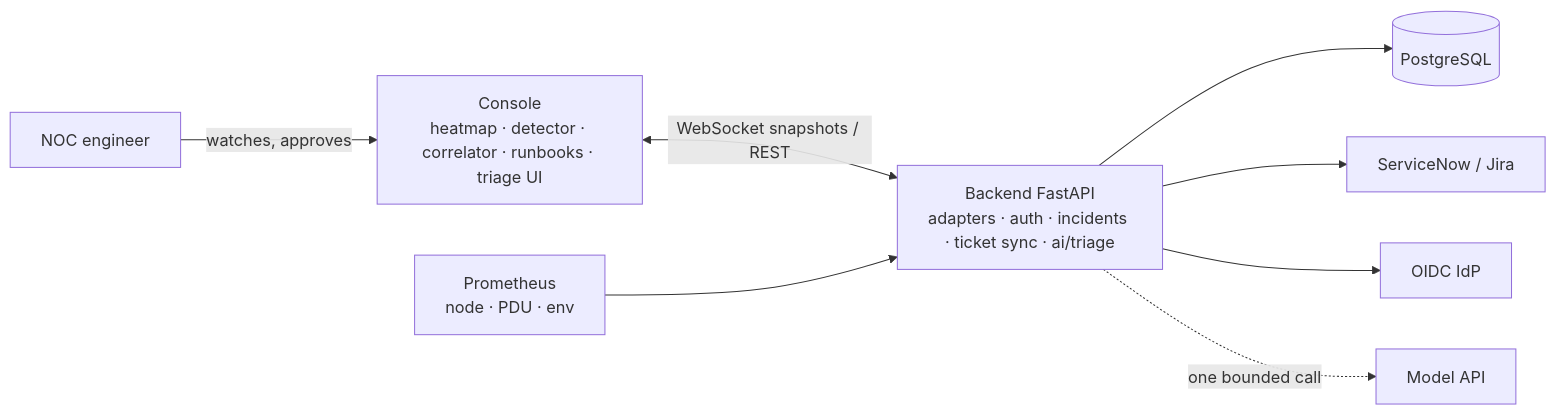
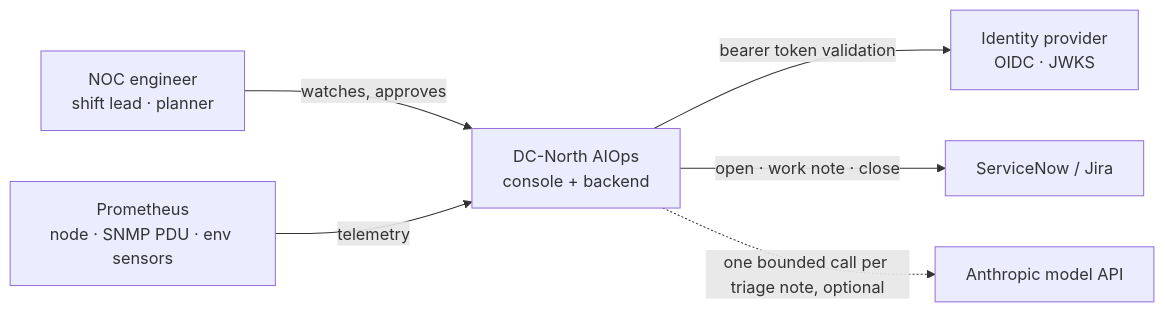
One commit to vaidkamal/Agentic-AI-Coding-dc-aiops changed the first of 5 diagrams in README.md. Above: the diagram before and after it, drawn with Mermaid. The commit also changed other lines of this file and 4 other files, not shown here.

````diff
--- a/README.md
+++ b/README.md
@@ -129,10 +130,8 @@
 ```mermaid
 flowchart LR
-  OP[NOC engineer] -->|watches, approves| CON[Console<br/>heatmap · detector · correlator · runbooks · triage UI]
-  CON <-->|WebSocket snapshots / REST| BE[Backend FastAPI<br/>adapters · auth · incidents · ticket sync · ai/triage]
-  PROM[Prometheus<br/>node · PDU · env] --> BE
-  BE --> PG[(PostgreSQL)]
-  BE --> TKT[ServiceNow / Jira]
-  BE --> IDP[OIDC IdP]
-  BE -. one bounded call .-> LLM[Model API]
+  OP[NOC engineer<br/>shift lead · planner] -->|watches, approves| SYS[DC-North AIOps<br/>console + backend]
+  PROM[Prometheus<br/>node · SNMP PDU · env sensors] -->|telemetry| SYS
+  SYS -->|bearer token validation| IDP[Identity provider<br/>OIDC · JWKS]
+  SYS -->|open · work note · close| TKT[ServiceNow / Jira]
+  SYS -.->|one bounded call per triage note, optional| LLM[Anthropic model API]
 ```
````
